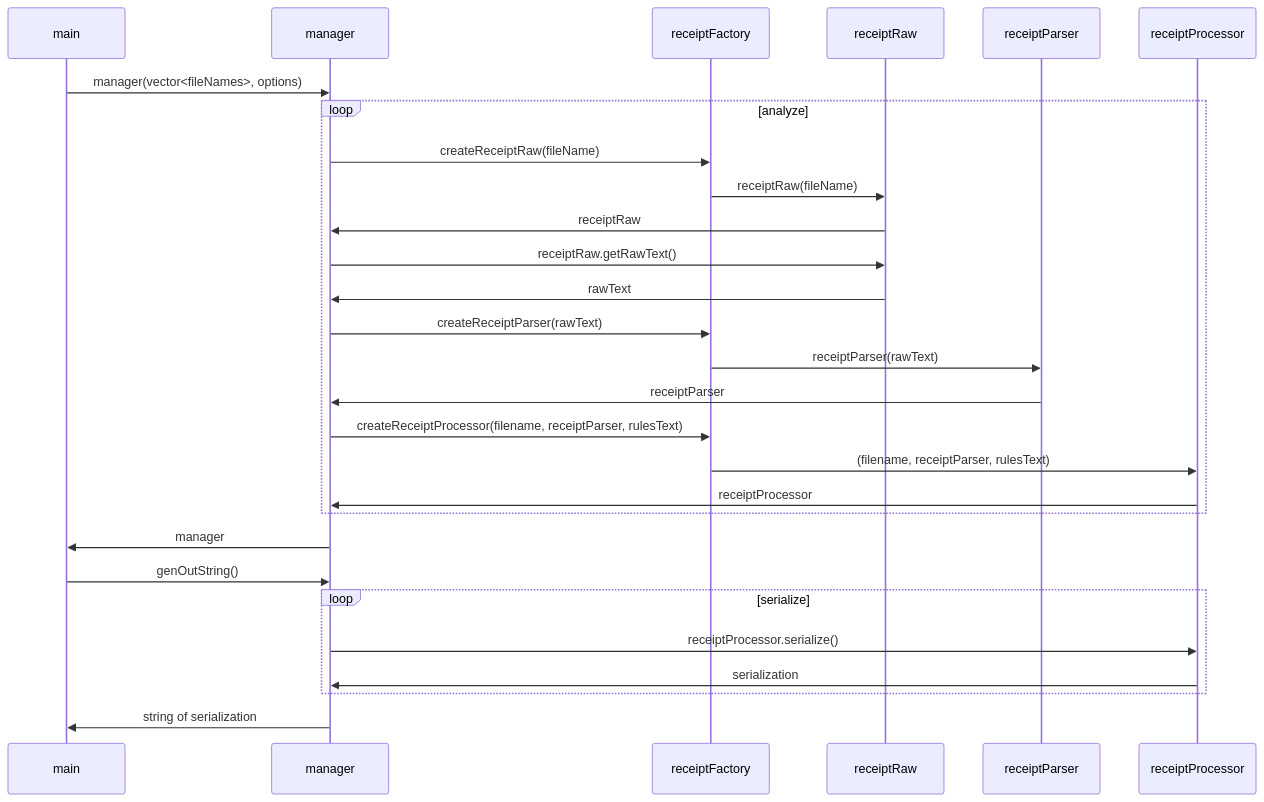
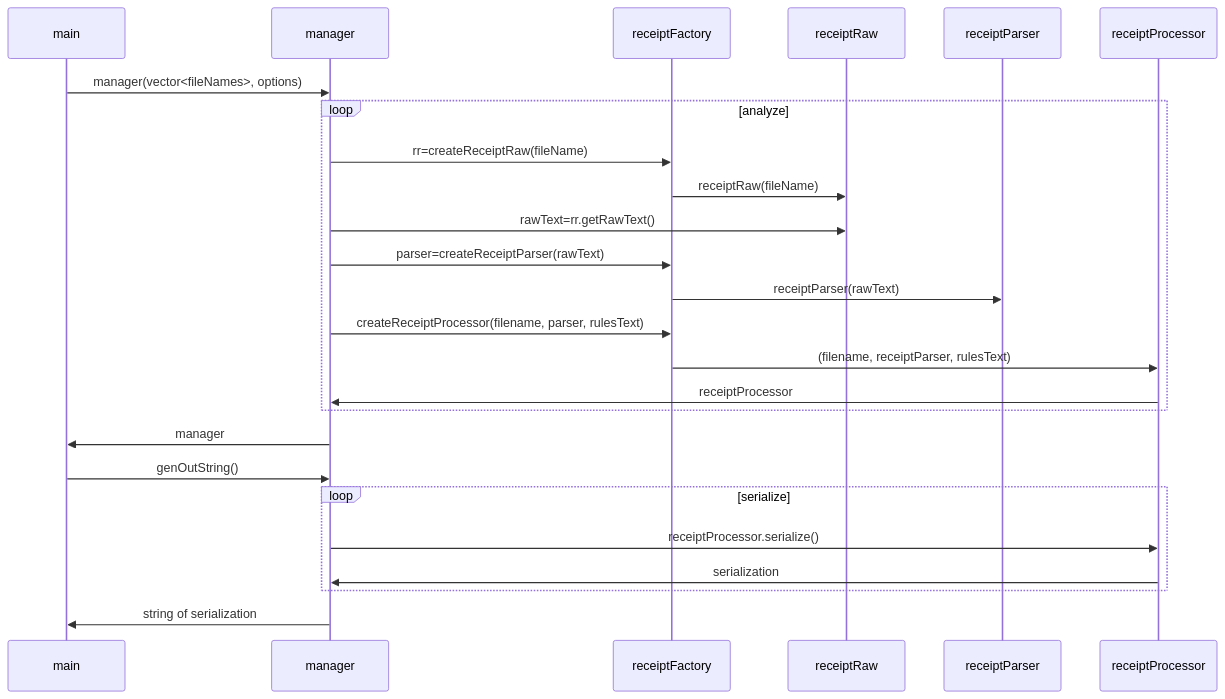
Before and after one commit to DJTakushi/receiptReader: the second of 2 diagrams in README.md, drawn with Mermaid.

Commit message:
design diagram document simplification

````diff
--- a/README.md
+++ b/README.md
@@ -137,26 +137,23 @@
 ```mermaid
 sequenceDiagram
   main ->> manager: manager(vector<fileNames>, options)
   loop analyze
-    manager->>receiptFactory: createReceiptRaw(fileName)
+    manager->>receiptFactory: rr=createReceiptRaw(fileName)
     receiptFactory->>receiptRaw: receiptRaw(fileName)
-    receiptRaw->>manager: receiptRaw
-    manager->>receiptRaw: receiptRaw.getRawText()
-    receiptRaw->>manager: rawText
+    manager->>receiptRaw: rawText=rr.getRawText()
 
-    manager->>receiptFactory: createReceiptParser(rawText)
+    manager->>receiptFactory: parser=createReceiptParser(rawText)
     receiptFactory->>receiptParser: receiptParser(rawText)
-    receiptParser->>manager: receiptParser
 
-    manager->>receiptFactory: createReceiptProcessor(filename, receiptParser, rulesText)
+    manager->>receiptFactory: createReceiptProcessor(filename, parser, rulesText)
     receiptFactory->>receiptProcessor: (filename, receiptParser, rulesText)
     receiptProcessor->>manager: receiptProcessor
   end
   manager ->> main: manager
   main ->> manager: genOutString()
   loop serialize
     manager ->> receiptProcessor: receiptProcessor.serialize()
     receiptProcessor ->> manager : serialization
   end
   manager ->> main: string of serialization
 ```
````
